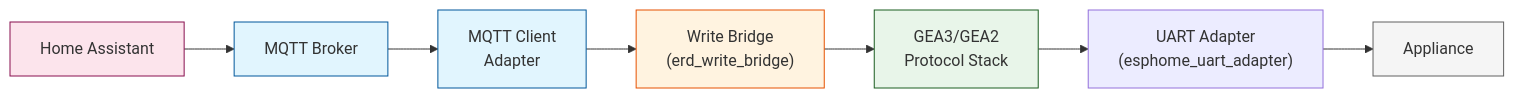
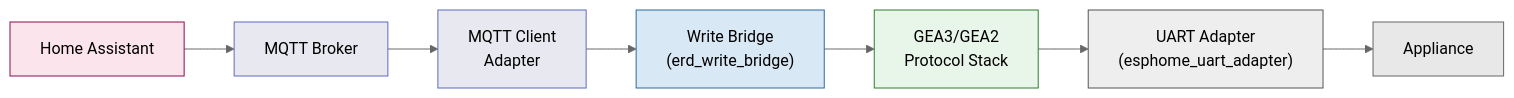
One commit to eddietheengineer/home-assistant-bridge-esphome changed the second of 3 diagrams in docs/architecture/data-flow.md. Above: the diagram before and after it, drawn with Mermaid. The commit also changed other lines of this file and 3 other files, not shown here.

First line of the commit message:
docs: standardize Mermaid charts with light/dark compatible theme and fix rendering

````diff
--- a/docs/architecture/data-flow.md
+++ b/docs/architecture/data-flow.md
@@ -56,21 +57,22 @@
 ```mermaid
+%%{init: {"theme":"neutral","themeVariables":{"primaryColor":"#4a90d9","primaryBorderColor":"#2c6a9e","primaryTextColor":"#1a1a1a","secondaryColor":"#d9e8f5","tertiaryColor":"#f0f0f0","lineColor":"#666666","clusterBkg":"#f5f5f5","clusterBorder":"#cccccc","fontFamily":"monospace","nodeBorder":"#555555","edgeLabelBackground":"#ffffff"}}}%%
 graph LR
     HA["Home Assistant"] --> BROKER["MQTT Broker"]
     BROKER --> MQTT["MQTT Client<br/>Adapter"]
     MQTT --> WRITE["Write Bridge<br/>(erd_write_bridge)"]
     WRITE --> PROTOCOL["GEA3/GEA2<br/>Protocol Stack"]
     PROTOCOL --> UART["UART Adapter<br/>(esphome_uart_adapter)"]
     UART --> APPLIANCE["Appliance"]
 
-    classDef appliance fill:#f5f5f5,stroke:#616161
-    classDef protocol fill:#e8f5e9,stroke:#1b5e20
-    classDef bridge fill:#fff3e0,stroke:#e65100
-    classDef mqtt fill:#e1f5fe,stroke:#01579b
+    classDef appliance fill:#e8e8e8,stroke:#666666
+    classDef protocol fill:#e8f5e9,stroke:#2e7d32
+    classDef bridge fill:#d9e8f5,stroke:#2c6a9e
+    classDef mqtt fill:#e8e8f0,stroke:#5c6bc0
     classDef ha fill:#fce4ec,stroke:#880e4f
 
     class APPLIANCE appliance
     class PROTOCOL protocol
     class WRITE bridge
     class MQTT,BROKER mqtt
     class HA ha
 ```
````
